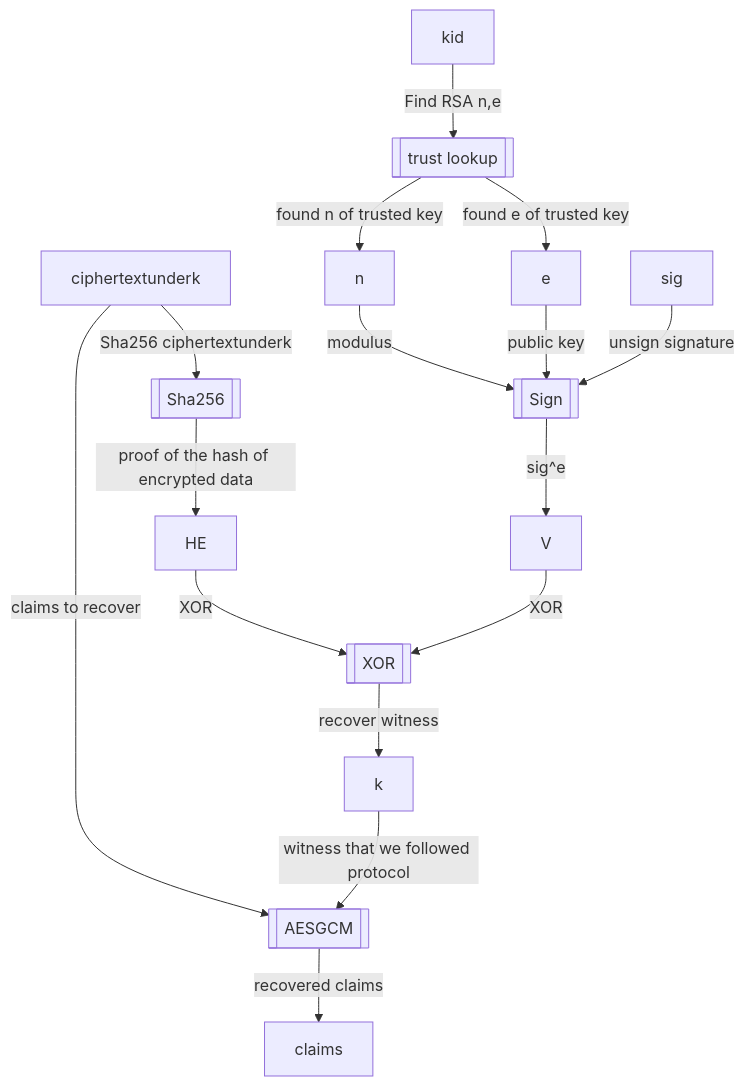
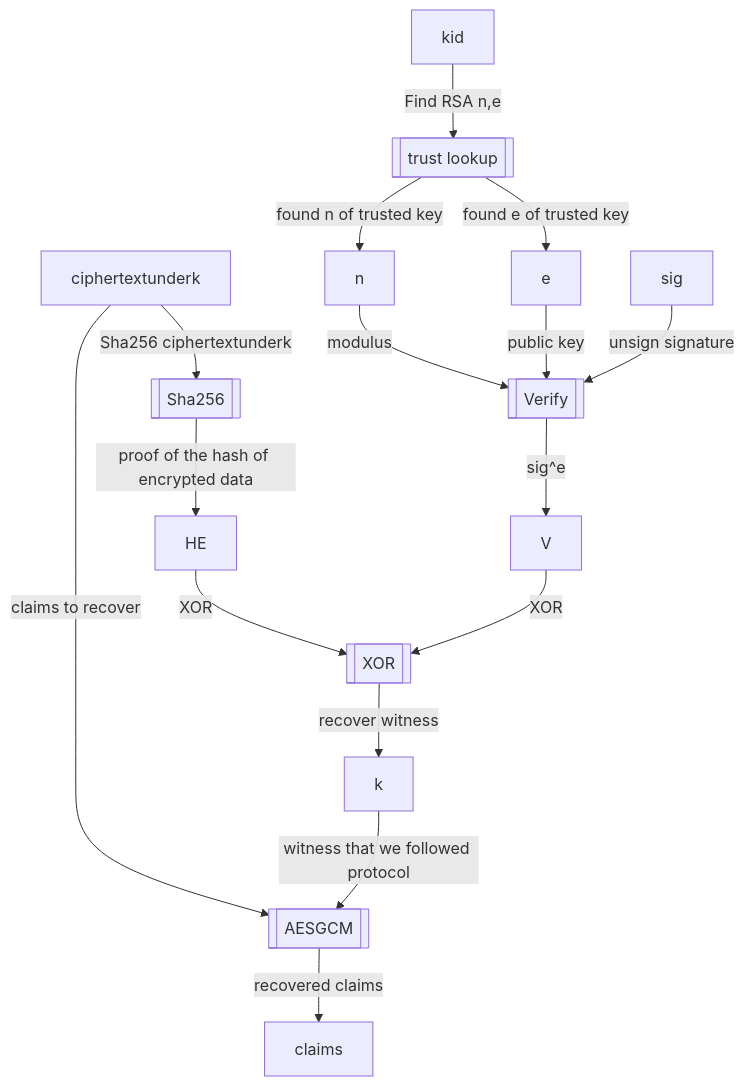
The fourth of 4 diagrams in README.md (rfielding/whiskeyTango), drawn with Mermaid before and after one commit.

````diff
--- a/README.md
+++ b/README.md
@@ -171,23 +171,23 @@
 ```mermaid
 flowchart TB
   Sha256[[Sha256]]
   ciphertextunderk-- Sha256 ciphertextunderk -->Sha256
   Sha256-- proof of the hash of encrypted data -->HE
-  Sign[[Sign]]
-  n-- modulus -->Sign
-  e-- public key -->Sign
-  sig-- unsign signature -->Sign
+  Verify[[Verify]]
+  n-- modulus -->Verify
+  e-- public key -->Verify
+  sig-- unsign signature -->Verify
   trustlookup[[trust lookup]]
   kid-- Find RSA n,e -->trustlookup
   trustlookup-- found e of trusted key -->e
   trustlookup-- found n of trusted key -->n
-  Sign-- sig^e -->V
+  Verify-- sig^e -->V
   XOR[[XOR]]
   V-- XOR -->XOR
   HE-- XOR -->XOR
   XOR-- recover witness -->k
   AESGCM[[AESGCM]]
   ciphertextunderk-- claims to recover -->AESGCM  
   k-- witness that we followed protocol -->AESGCM  
   AESGCM-- recovered claims -->claims 
 ```
````
